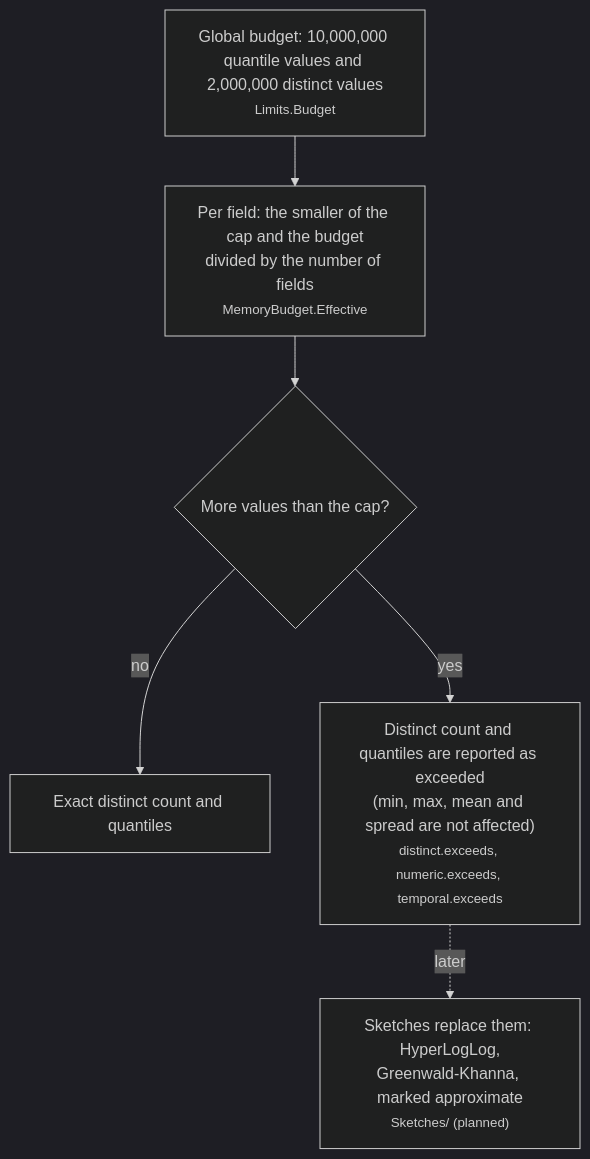
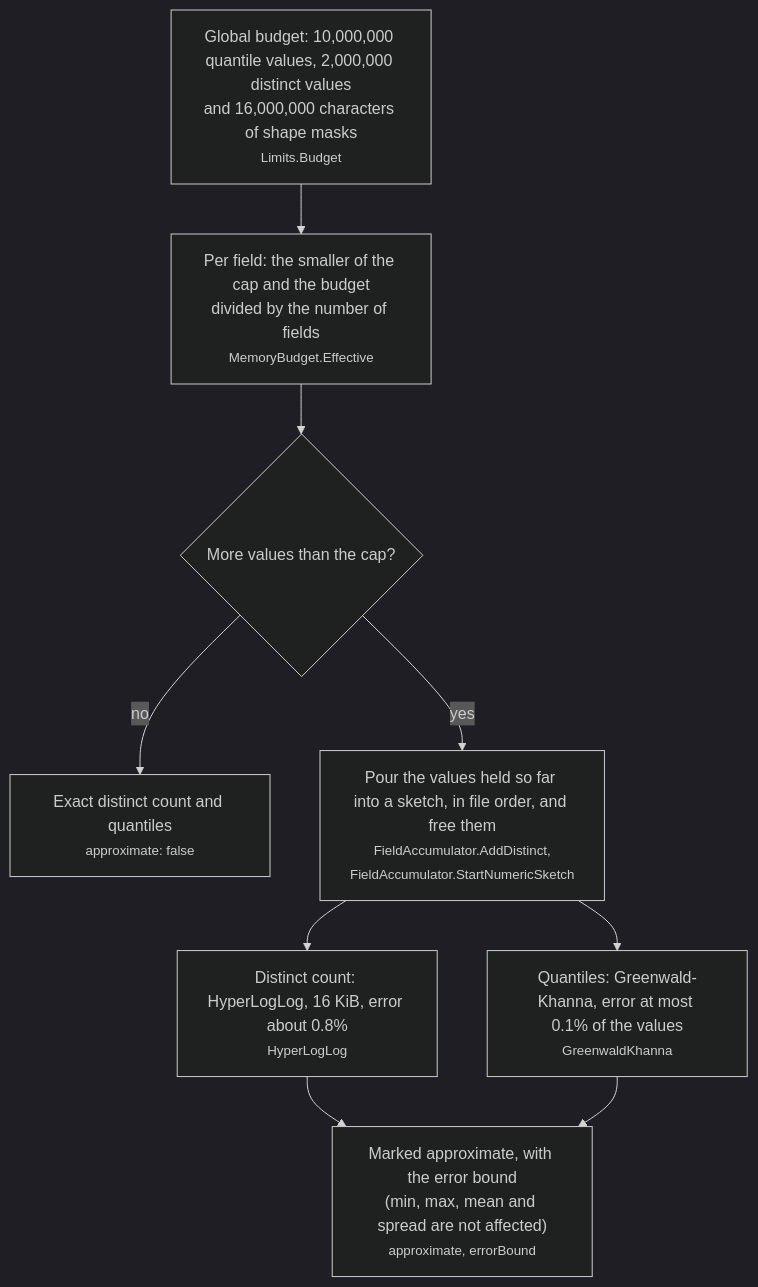
Before and after one commit to squalor-xyz/squalify: diagram 12 of 27 in docs/how-it-works.md, drawn with Mermaid (dark theme). The commit also changed other lines of this file and 53 other files, not shown here.

````diff
--- a/docs/how-it-works.md
+++ b/docs/how-it-works.md
@@ -186,8 +188,11 @@
 ```mermaid
 flowchart TD
-    B["Global budget: 10,000,000 quantile values and 2,000,000 distinct values<br/><small>Limits.Budget</small>"] --> P["Per field: the smaller of the cap and the budget<br/>divided by the number of fields<br/><small>MemoryBudget.Effective</small>"]
+    B["Global budget: 10,000,000 quantile values, 2,000,000 distinct values<br/>and 16,000,000 characters of shape masks<br/><small>Limits.Budget</small>"] --> P["Per field: the smaller of the cap and the budget<br/>divided by the number of fields<br/><small>MemoryBudget.Effective</small>"]
     P --> X{"More values than the cap?"}
-    X -- "no" --> Exact["Exact distinct count and quantiles"]
-    X -- "yes" --> Over["Distinct count and quantiles are reported as exceeded<br/>(min, max, mean and spread are not affected)<br/><small>distinct.exceeds, numeric.exceeds, temporal.exceeds</small>"]
-    Over -. "later" .-> Sk["Sketches replace them: HyperLogLog,<br/>Greenwald-Khanna, marked approximate<br/><small>Sketches/ (planned)</small>"]
+    X -- "no" --> Exact["Exact distinct count and quantiles<br/><small>approximate: false</small>"]
+    X -- "yes" --> Move["Pour the values held so far into a sketch, in file order, and free them<br/><small>FieldAccumulator.AddDistinct,<br/>FieldAccumulator.StartNumericSketch</small>"]
+    Move --> Hll["Distinct count: HyperLogLog, 16 KiB, error about 0.8%<br/><small>HyperLogLog</small>"]
+    Move --> Gk["Quantiles: Greenwald-Khanna, error at most 0.1% of the values<br/><small>GreenwaldKhanna</small>"]
+    Hll --> Ap["Marked approximate, with the error bound<br/>(min, max, mean and spread are not affected)<br/><small>approximate, errorBound</small>"]
+    Gk --> Ap
 ```
````
